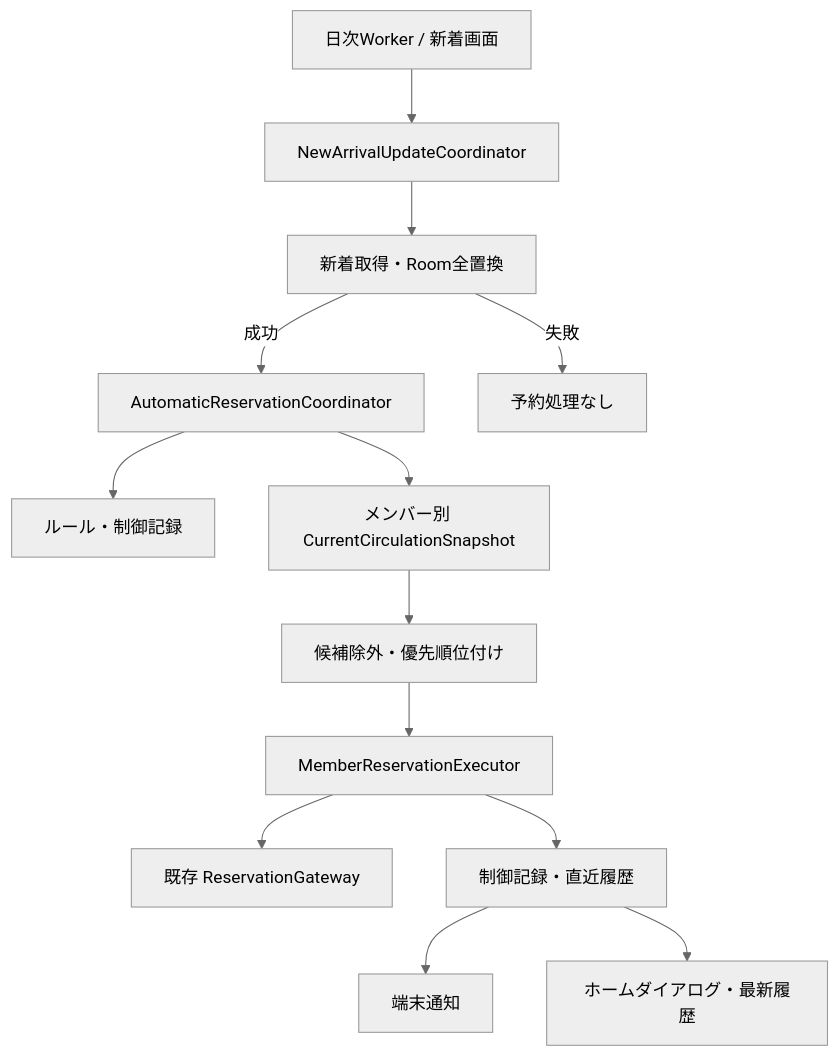
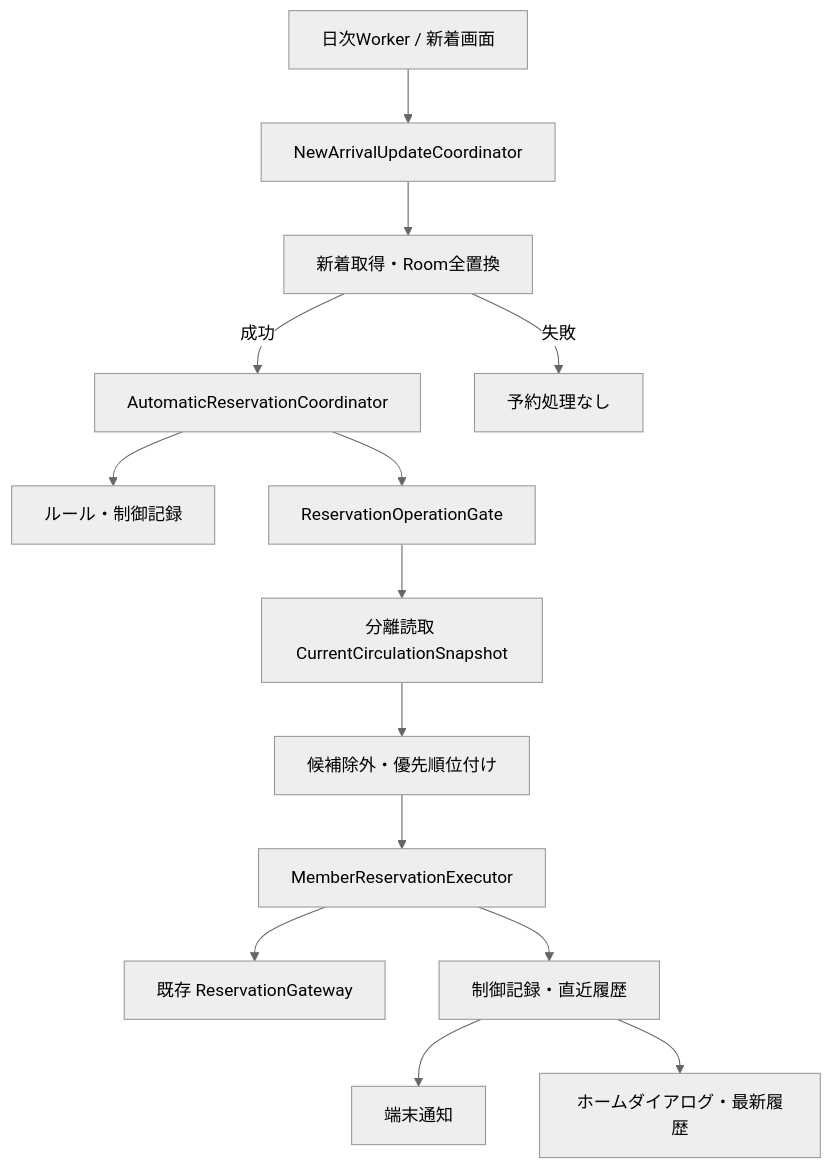
Before and after one commit to fall-gist/NishinomiyaLibraryApp: the diagram in docs/design/new-arrival-auto-reservation.md, drawn with Mermaid (neutral theme). The commit also changed other lines of this file and 4 other files, not shown here.

````diff
--- a/docs/design/new-arrival-auto-reservation.md
+++ b/docs/design/new-arrival-auto-reservation.md
@@ -56,15 +86,16 @@
 ```mermaid
 flowchart TD
     S[日次Worker / 新着画面] --> U[NewArrivalUpdateCoordinator]
     U --> F[新着取得・Room全置換]
     F -->|成功| A[AutomaticReservationCoordinator]
     F -->|失敗| X[予約処理なし]
     A --> R[ルール・制御記録]
-    A --> C[メンバー別 CurrentCirculationSnapshot]
+    A --> O[ReservationOperationGate]
+    O --> C[分離読取 CurrentCirculationSnapshot]
     C --> E[候補除外・優先順位付け]
     E --> M[MemberReservationExecutor]
     M --> G[既存 ReservationGateway]
     M --> D[制御記録・直近履歴]
     D --> N[端末通知]
     D --> H[ホームダイアログ・最新履歴]
 ```
````
